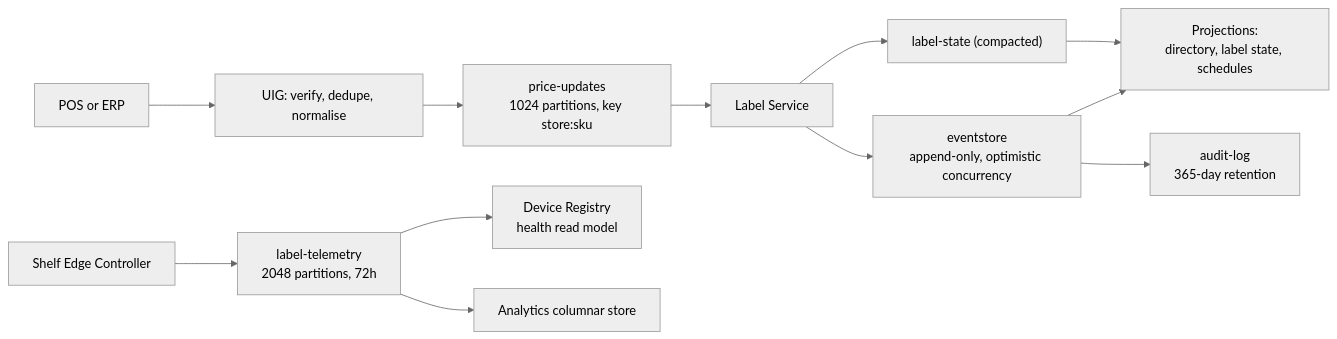
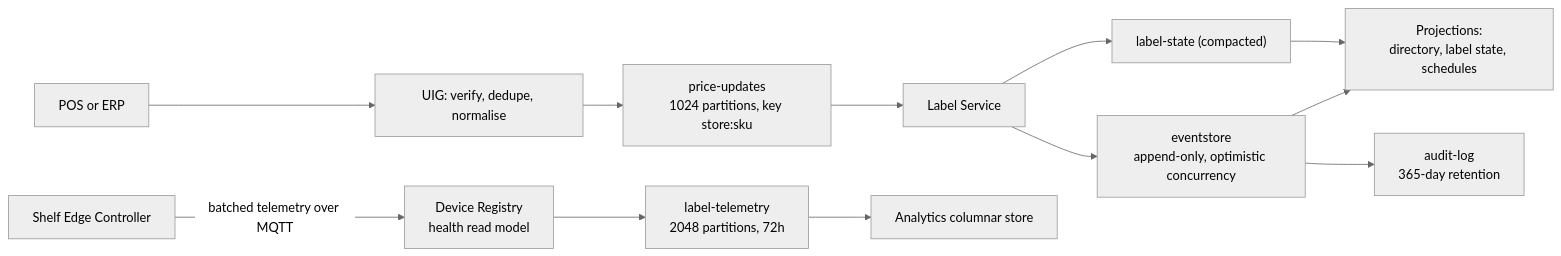
Before and after one commit to udaykishore-resu/usslp-platform: the diagram in docs/adr/0001-event-sourced-cqrs-for-the-price-path.md, drawn with Mermaid (neutral theme). The commit also changed 16 other files, not shown here.

First line of the commit message:
docs: add a diagram index, and audit every diagram against the code

````diff
--- a/docs/adr/0001-event-sourced-cqrs-for-the-price-path.md
+++ b/docs/adr/0001-event-sourced-cqrs-for-the-price-path.md
@@ -66,15 +66,15 @@
 ```mermaid
 flowchart LR
   POS["POS or ERP"] --> UIG["UIG: verify, dedupe, normalise"]
   UIG --> PU["price-updates<br/>1024 partitions, key store:sku"]
   PU --> LS["Label Service"]
   LS --> ES["eventstore<br/>append-only, optimistic concurrency"]
   ES --> PROJ["Projections:<br/>directory, label state, schedules"]
   LS --> LST["label-state (compacted)"]
   LST --> PROJ
   ES --> AUD["audit-log<br/>365-day retention"]
 
-  SEC["Shelf Edge Controller"] --> TEL["label-telemetry<br/>2048 partitions, 72h"]
-  TEL --> REG["Device Registry<br/>health read model"]
+  SEC["Shelf Edge Controller"] -->|"batched telemetry over MQTT"| REG["Device Registry<br/>health read model"]
+  REG --> TEL["label-telemetry<br/>2048 partitions, 72h"]
   TEL --> AN["Analytics columnar store"]
 ```
````
